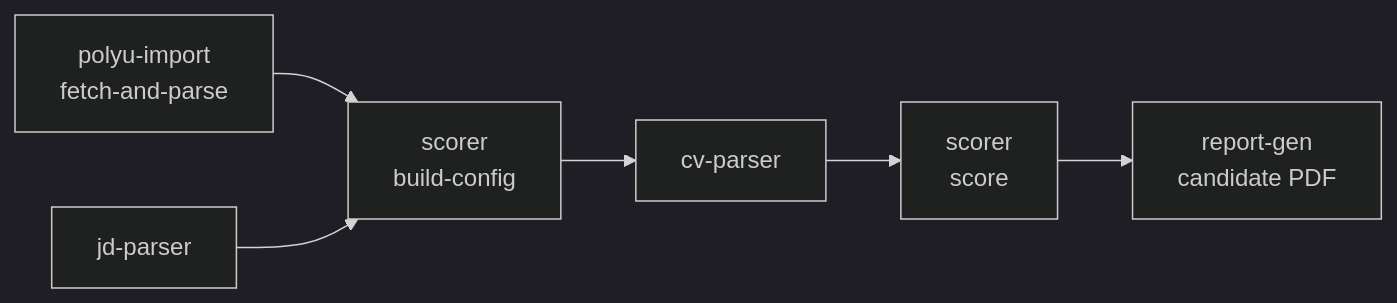
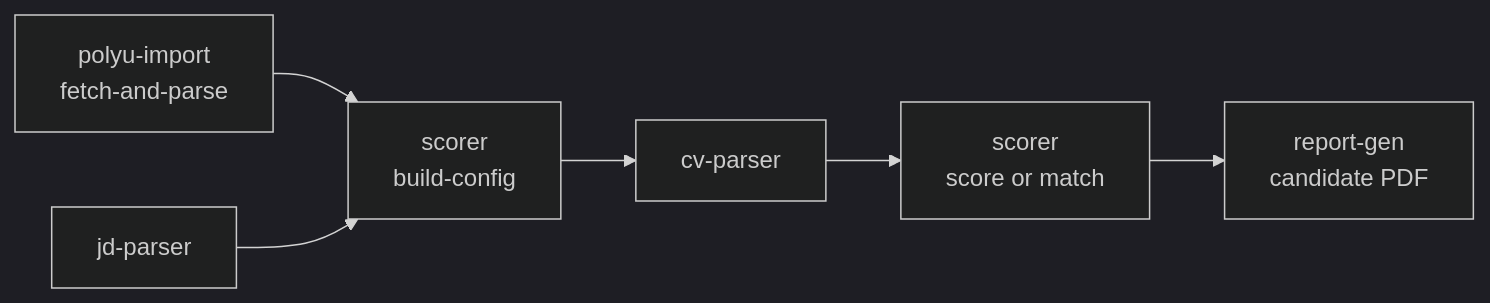
Before and after one commit to sagee1125/agent-cv-screening: the fifth of 7 diagrams in docs/overall-logic-summary.md, drawn with Mermaid (dark theme). The commit also changed other lines of this file and 106 other files, not shown here.

````diff
--- a/docs/overall-logic-summary.md
+++ b/docs/overall-logic-summary.md
@@ -131,8 +258,8 @@
 ```mermaid
 flowchart LR
     P[polyu-import<br/>fetch-and-parse] --> BC[scorer<br/>build-config]
     J[jd-parser] --> BC
     BC --> CV[cv-parser]
-    CV --> SC[scorer<br/>score]
+    CV --> SC[scorer<br/>score or match]
     SC --> RG[report-gen<br/>candidate PDF]
 ```
````
